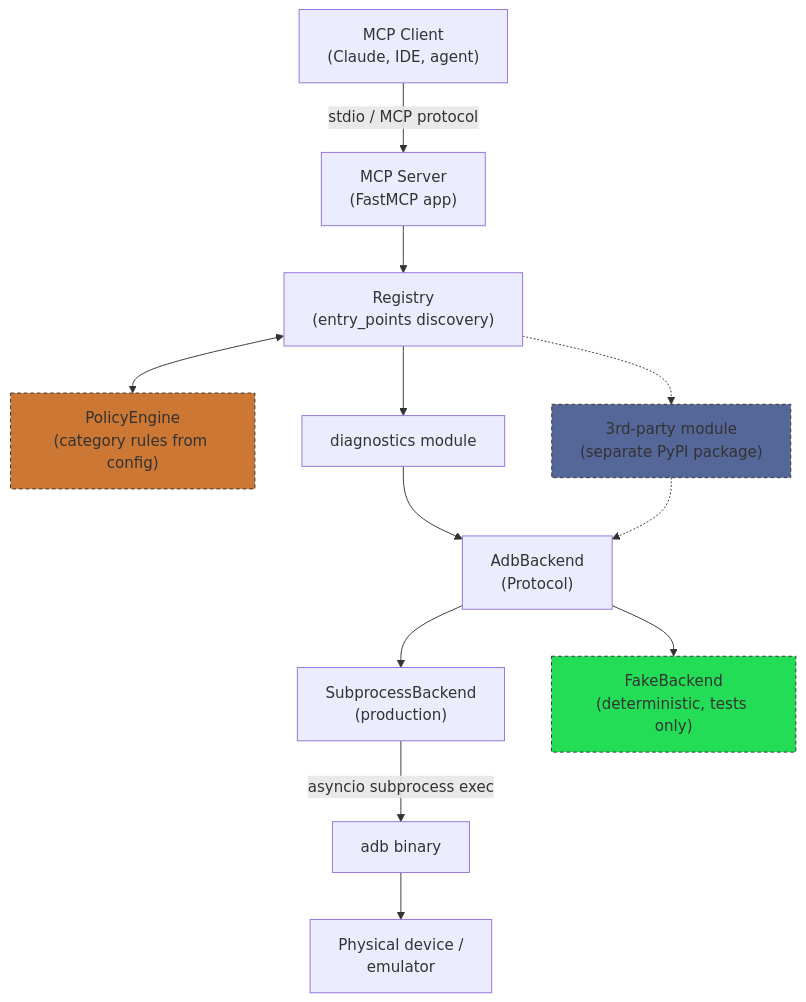
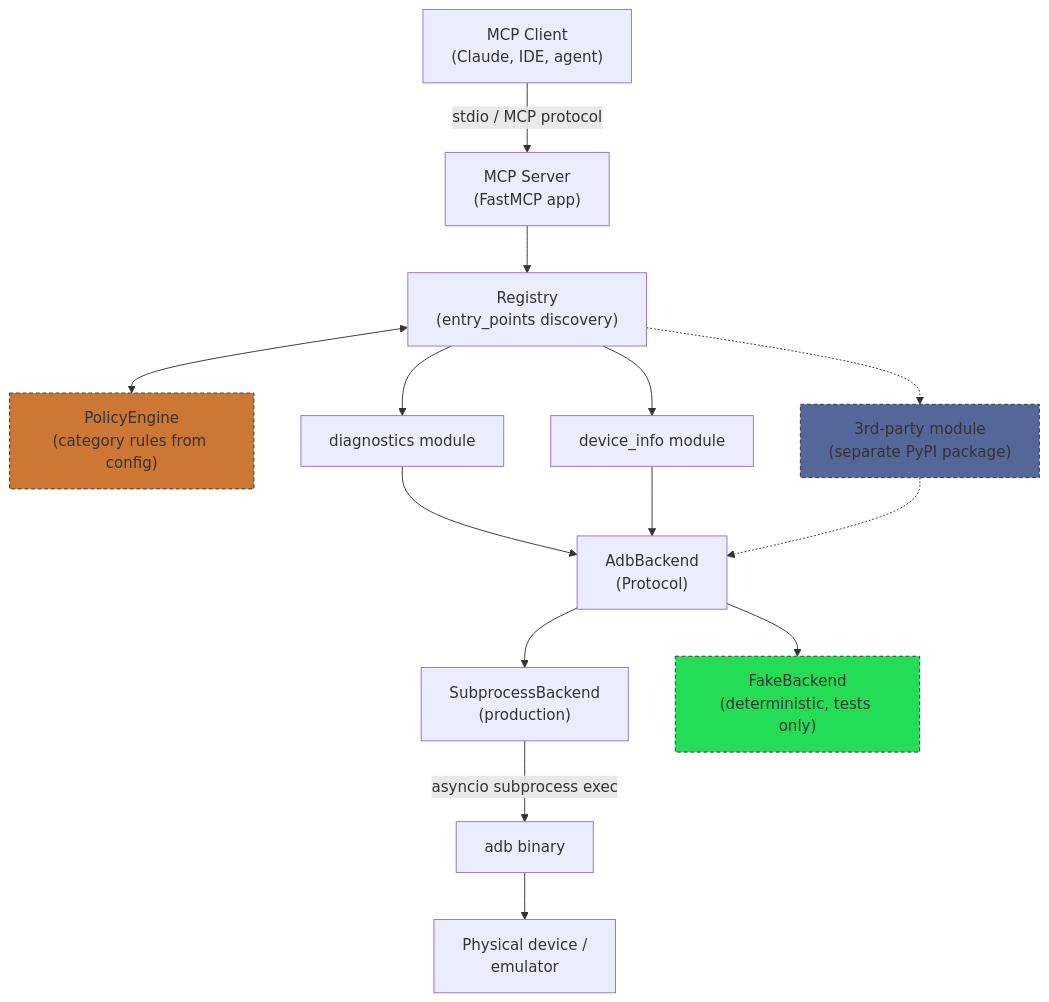
Before and after one commit to allaudin/adb-automation-mcp: the first of 7 diagrams in docs/ARCHITECTURE.md, drawn with Mermaid. The commit also changed other lines of this file and 14 other files, not shown here.

````diff
--- a/docs/ARCHITECTURE.md
+++ b/docs/ARCHITECTURE.md
@@ -39,22 +39,24 @@
 ```mermaid
 graph TB
     Client["MCP Client<br/>(Claude, IDE, agent)"] -->|stdio / MCP protocol| Server["MCP Server<br/>(FastMCP app)"]
 
     Server --> Registry["Registry<br/>(entry_points discovery)"]
     Registry <--> Policy["PolicyEngine<br/>(category rules from config)"]
     Registry --> ModDiag["diagnostics module"]
+    Registry --> ModDevices["device_info module"]
     Registry -.-> ModExt["3rd-party module<br/>(separate PyPI package)"]
 
     ModDiag --> Backend["AdbBackend<br/>(Protocol)"]
+    ModDevices --> Backend
     ModExt -.-> Backend
 
     Backend --> Sub["SubprocessBackend<br/>(production)"]
     Backend --> Fake["FakeBackend<br/>(deterministic, tests only)"]
 
     Sub -->|asyncio subprocess exec| ADB["adb binary"]
     ADB --> Device["Physical device /<br/>emulator"]
 
     style Fake fill:#2d5,stroke:#333,stroke-dasharray: 4 3
     style ModExt fill:#569,stroke:#333,stroke-dasharray: 4 3
     style Policy fill:#c73,stroke:#333,stroke-dasharray: 4 3
 ```
````
